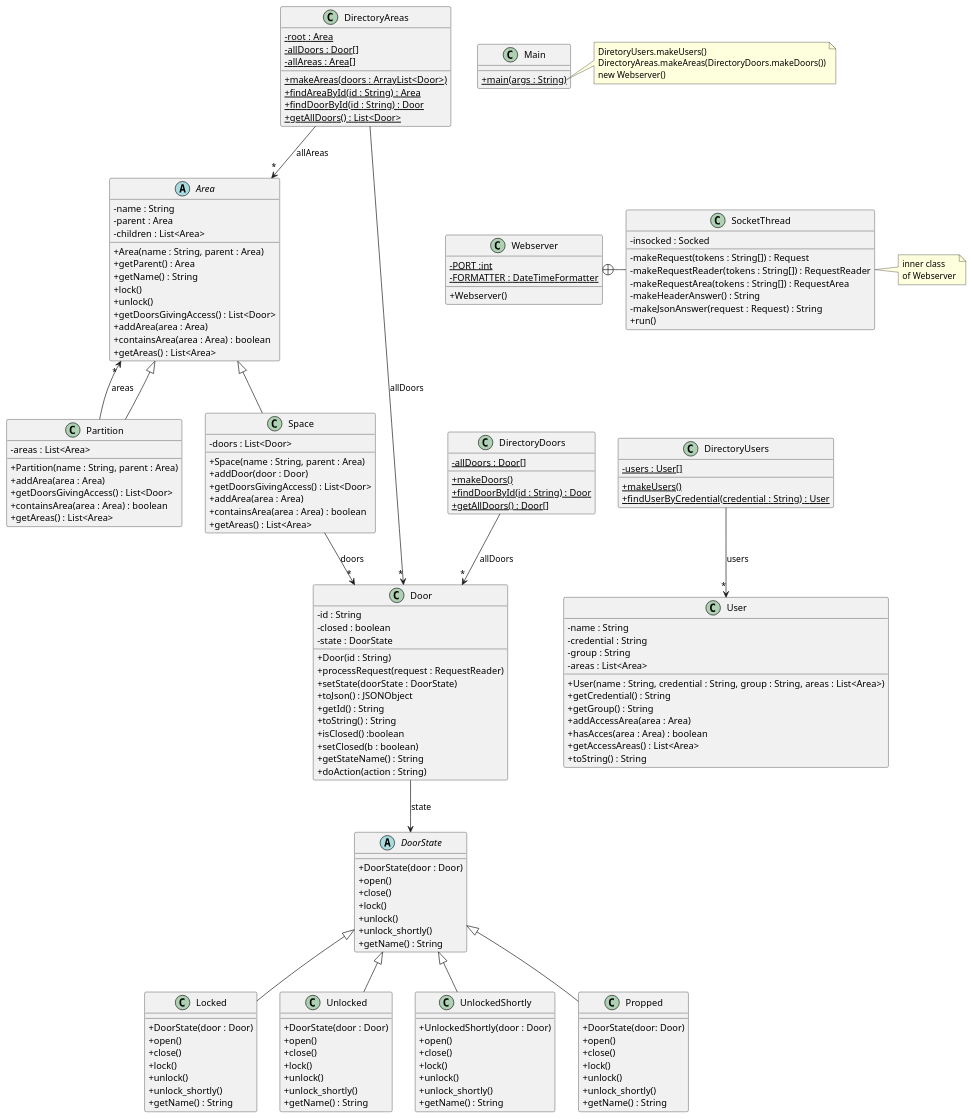
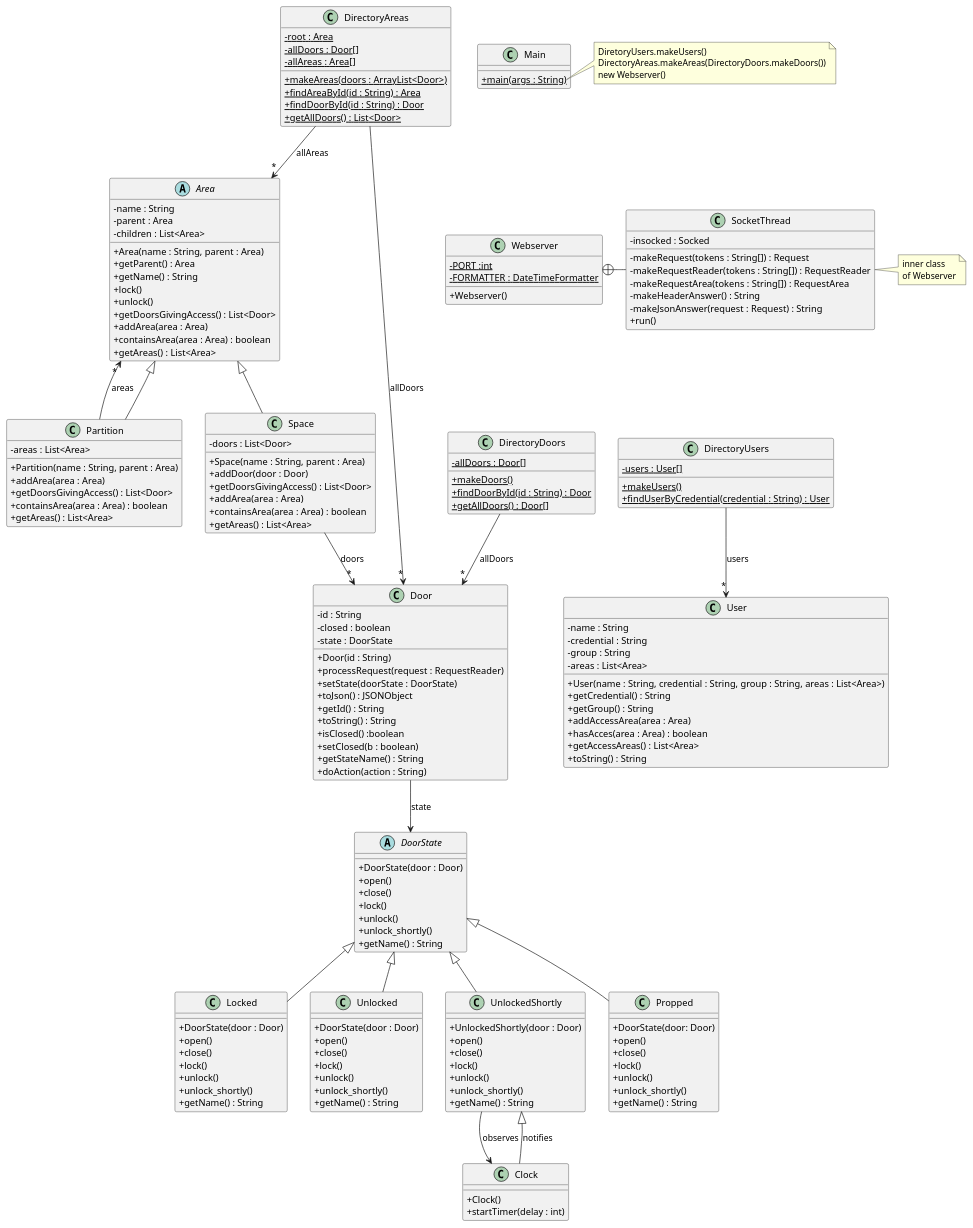
One commit to ppugibetm/access_control_system changed the diagram in src/baseNoStates/uml/base_no_states.puml. Above: the diagram before and after it, drawn with PlantUML. The commit also changed 18 other files, not shown here.

```diff
--- a/src/baseNoStates/uml/base_no_states.puml
+++ b/src/baseNoStates/uml/base_no_states.puml
@@ -183,6 +183,14 @@
 + {static} main(args : String)
 }
 
+class Clock {
++ Clock()
++ startTimer(delay : int)
+}
+
+UnlockedShortly --> Clock : "observes"
+Clock --|> UnlockedShortly : "notifies"
+
 note right of Main::main
 DiretoryUsers.makeUsers()
 DirectoryAreas.makeAreas(DirectoryDoors.makeDoors())
```
